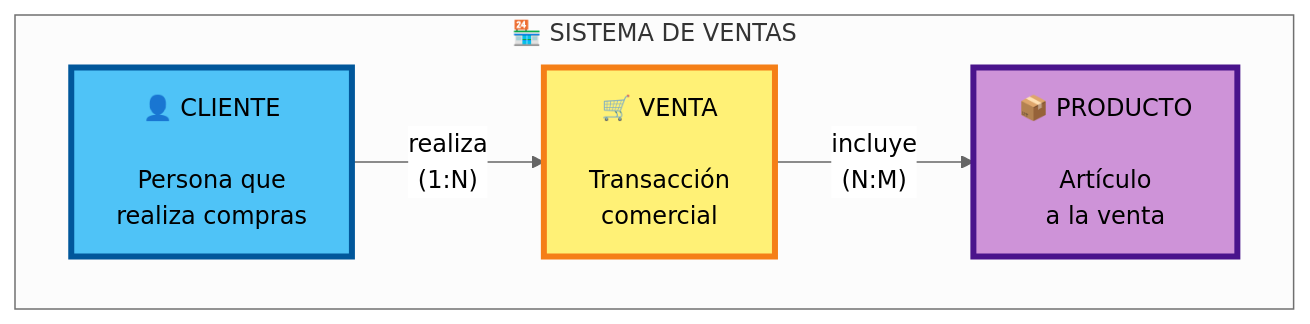
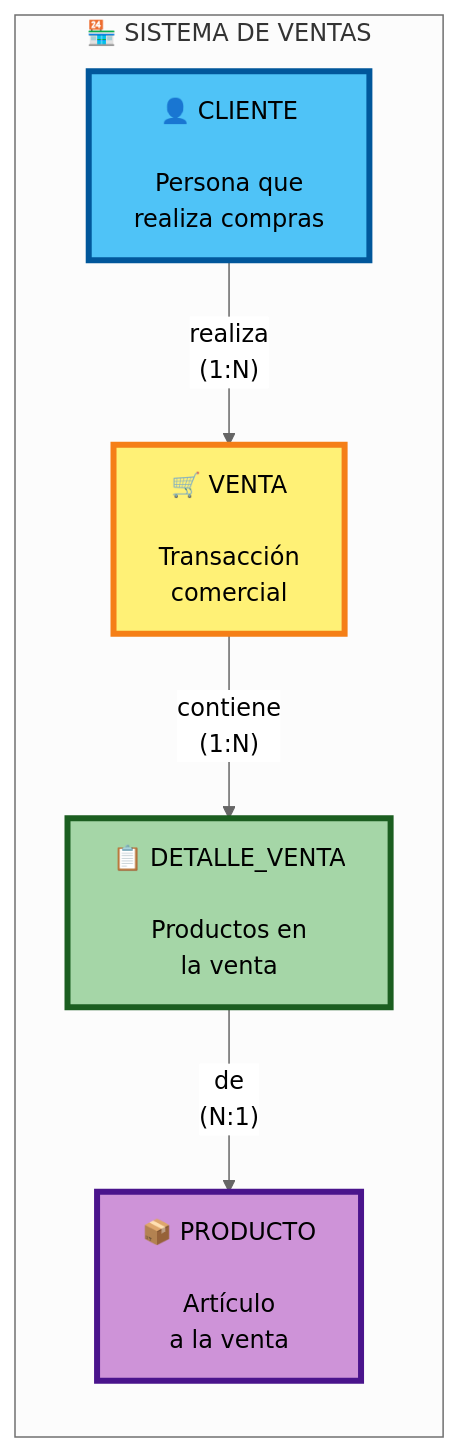
The first of 3 diagrams in modelo-conceptual-tienda.md (CEPE1724/my-app), drawn with Mermaid (neutral theme) before and after one commit. The commit also changed other lines of this file, not shown here.

````diff
--- a/modelo-conceptual-tienda.md
+++ b/modelo-conceptual-tienda.md
@@ -11,19 +11,23 @@
 ```mermaid
 graph TB
     subgraph Modelo["🏪 SISTEMA DE VENTAS"]
-        direction LR
+        direction TB
         
         C["👤 CLIENTE<br/><br/>Persona que<br/>realiza compras"]
         
         V["🛒 VENTA<br/><br/>Transacción<br/>comercial"]
         
+        D["📋 DETALLE_VENTA<br/><br/>Productos en<br/>la venta"]
+        
         P["📦 PRODUCTO<br/><br/>Artículo<br/>a la venta"]
         
         C -->|"realiza<br/>(1:N)"| V
-        V -->|"incluye<br/>(N:M)"| P
+        V -->|"contiene<br/>(1:N)"| D
+        D -->|"de<br/>(N:1)"| P
     end
     
     style C fill:#4fc3f7,stroke:#01579b,stroke-width:4px,color:#000
     style V fill:#fff176,stroke:#f57f17,stroke-width:4px,color:#000
+    style D fill:#a5d6a7,stroke:#1b5e20,stroke-width:4px,color:#000
     style P fill:#ce93d8,stroke:#4a148c,stroke-width:4px,color:#000
 ```
````
